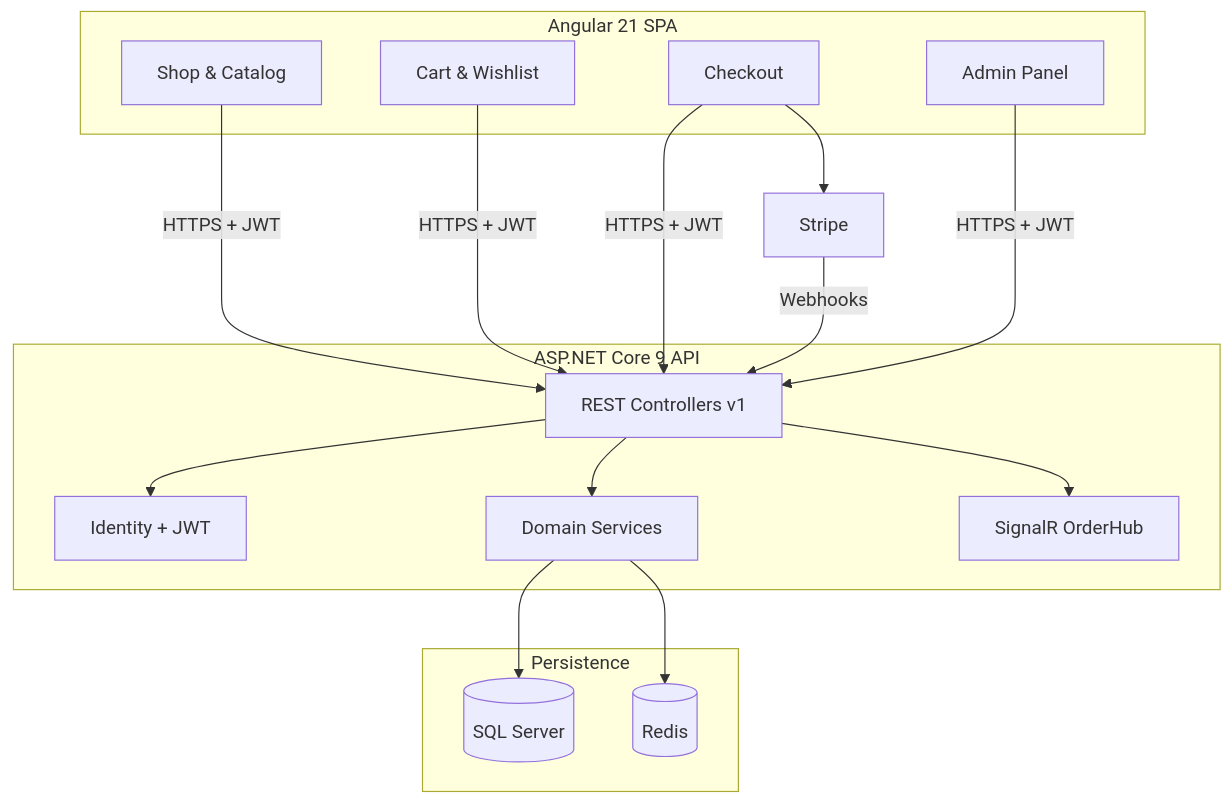
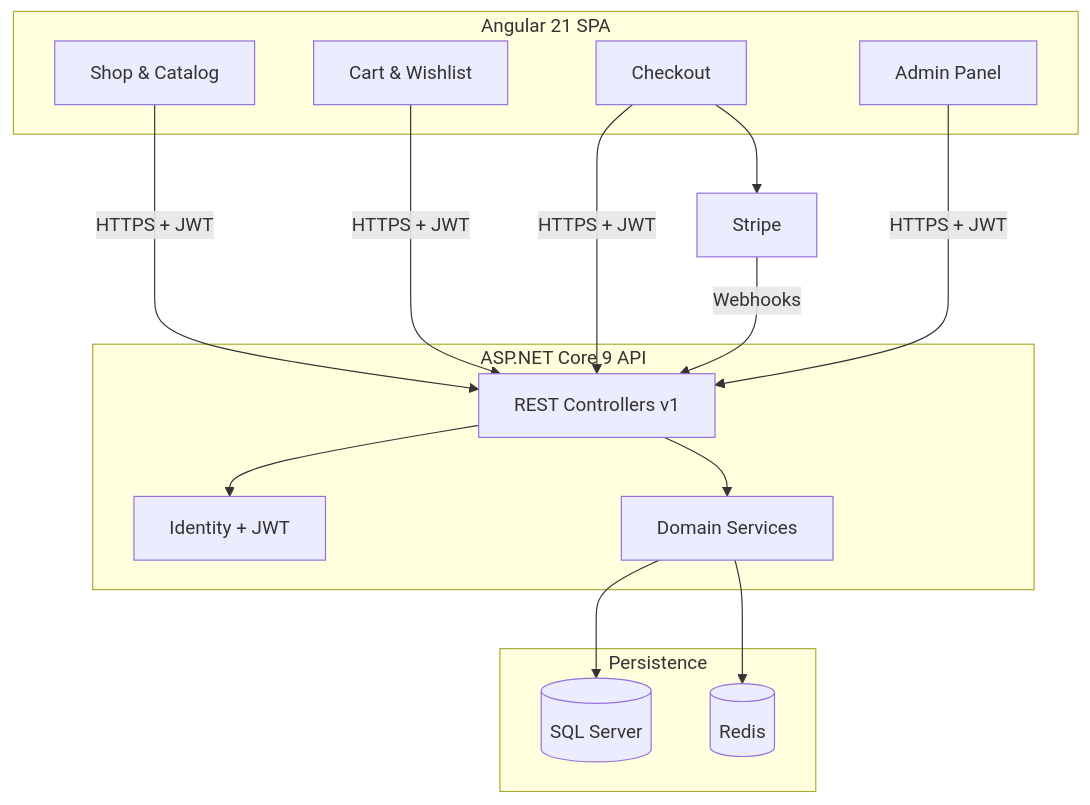
The diagram in README.md (jaatvishal/nature-schakki_backend), drawn with Mermaid before and after one commit. The commit also changed other lines of this file and 61 other files, not shown here.

````diff
--- a/README.md
+++ b/README.md
@@ -14,30 +14,29 @@
 ```mermaid
 flowchart TB
     subgraph Frontend["Angular 21 SPA"]
         SHOP[Shop & Catalog]
         CART[Cart & Wishlist]
         CHK[Checkout]
         ADM[Admin Panel]
     end
 
     subgraph Backend["ASP.NET Core 9 API"]
         API[REST Controllers v1]
         ID[Identity + JWT]
         SVC[Domain Services]
-        HUB[SignalR OrderHub]
     end
 
     subgraph Data["Persistence"]
         SQL[(SQL Server)]
         REDIS[(Redis)]
     end
 
     STRIPE[Stripe]
 
     SHOP & CART & CHK & ADM -->|HTTPS + JWT| API
-    API --> ID & SVC & HUB
+    API --> ID & SVC
     SVC --> SQL
     SVC --> REDIS
     CHK --> STRIPE
     STRIPE -->|Webhooks| API
 ```
````
